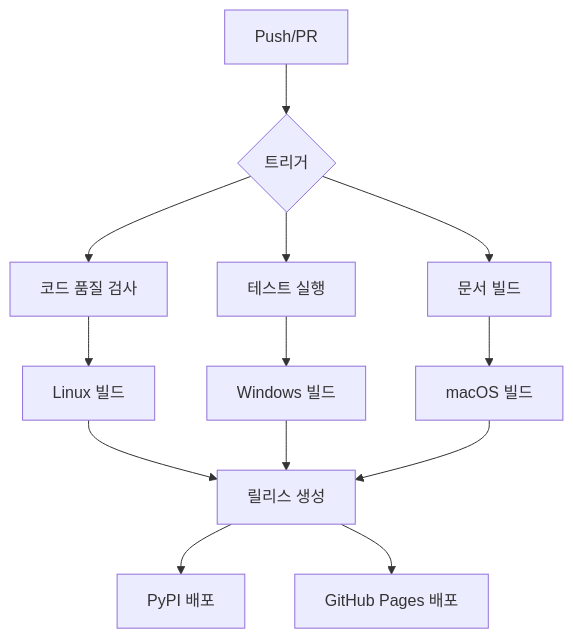
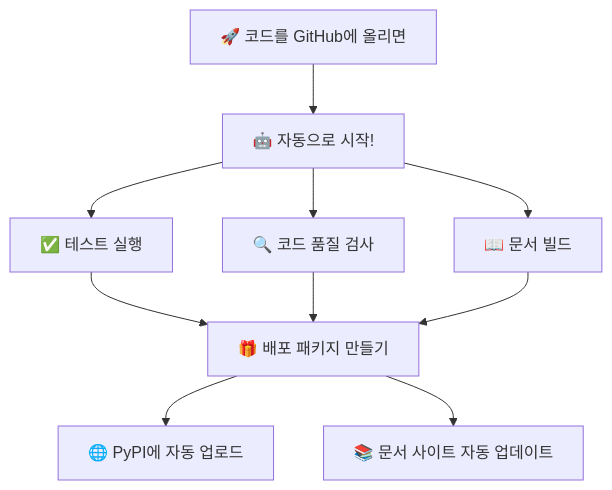
The diagram in docs/chapter10.md (geniuskey/krenamer), drawn with Mermaid before and after one commit. The commit also changed other lines of this file and 11 other files, not shown here.

````diff
--- a/docs/chapter10.md
+++ b/docs/chapter10.md
@@ -28,15 +56,12 @@
 ```mermaid
 graph TD
-    A[Push/PR] --> B{트리거}
-    B --> C[코드 품질 검사]
-    B --> D[테스트 실행]
-    B --> E[문서 빌드]
-    C --> F[Linux 빌드]
-    D --> G[Windows 빌드]
-    E --> H[macOS 빌드]
-    F --> I[릴리스 생성]
-    G --> I
-    H --> I
-    I --> J[PyPI 배포]
-    I --> K[GitHub Pages 배포]
+    A["🚀 코드를 GitHub에 올리면"] --> B["🤖 자동으로 시작!"]
+    B --> C["✅ 테스트 실행"]
+    B --> D["🔍 코드 품질 검사"]
+    B --> E["📖 문서 빌드"]
+    C --> F["🎁 배포 패키지 만들기"]
+    D --> F
+    E --> F
+    F --> G["🌐 PyPI에 자동 업로드"]
+    F --> H["📚 문서 사이트 자동 업데이트"]
 ```
````
